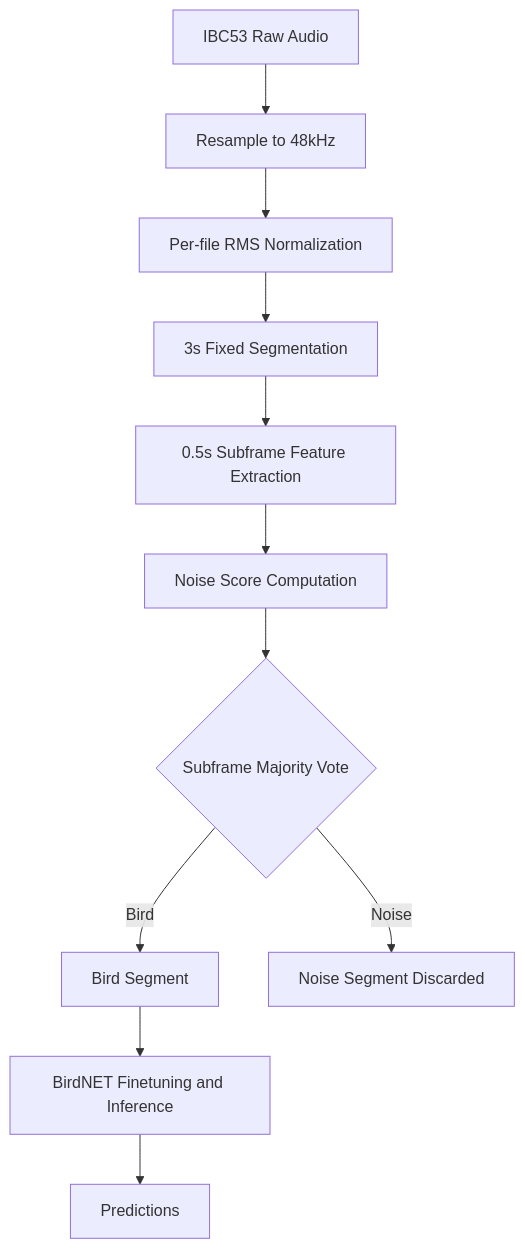
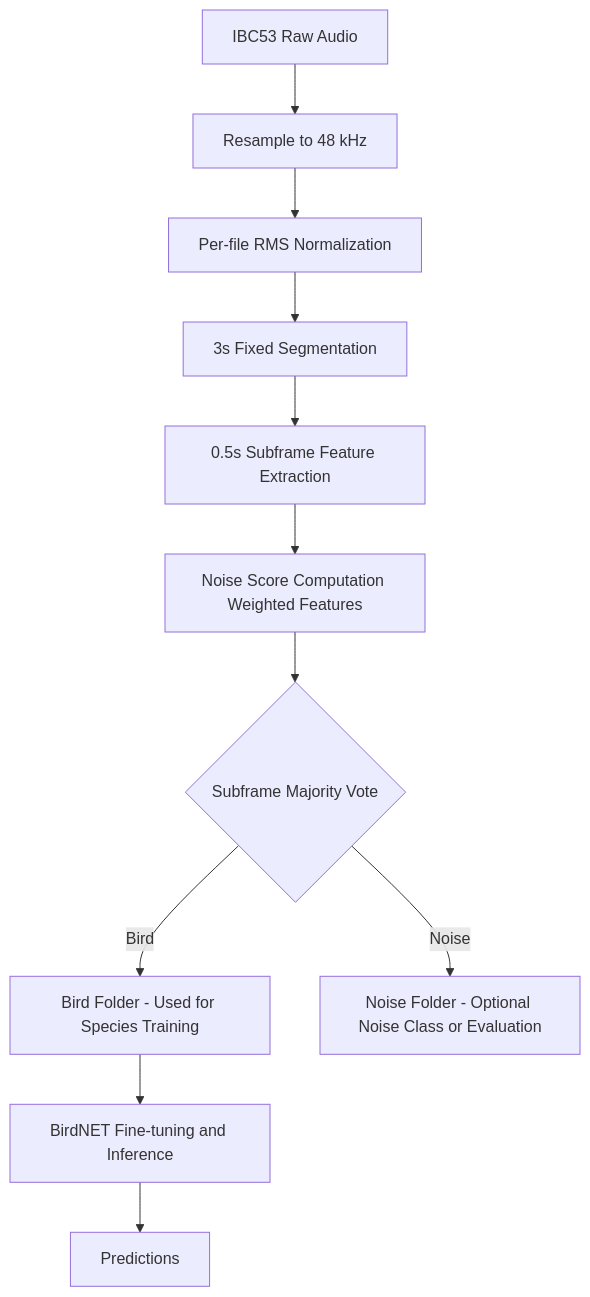
One commit to samarthkolur/Noise-Aware-Pipeline-for-Indian-Bird-Sound-Classification changed the second of 2 diagrams in Readme.md. Above: the diagram before and after it, drawn with Mermaid. The commit also changed other lines of this file, not shown here.

Commit message:
Fix Mermaid diagrams and update architecture wording

````diff
--- a/Readme.md
+++ b/Readme.md
@@ -108,13 +108,13 @@
 ```mermaid
 flowchart TD
-    A["IBC53 Raw Audio"] --> B["Resample to 48kHz"]
+    A["IBC53 Raw Audio"] --> B["Resample to 48 kHz"]
     B --> C["Per-file RMS Normalization"]
     C --> D["3s Fixed Segmentation"]
     D --> E["0.5s Subframe Feature Extraction"]
-    E --> F["Noise Score Computation"]
+    E --> F["Noise Score Computation Weighted Features"]
     F --> G{"Subframe Majority Vote"}
-    G -->|"Bird"| H["Bird Segment"]
-    G -->|"Noise"| I["Noise Segment Discarded"]
-    H --> J["BirdNET Finetuning and Inference"]
+    G -->|"Bird"| H["Bird Folder - Used for Species Training"]
+    G -->|"Noise"| I["Noise Folder - Optional Noise Class or Evaluation"]
+    H --> J["BirdNET Fine-tuning and Inference"]
     J --> K["Predictions"]
 ```
````
